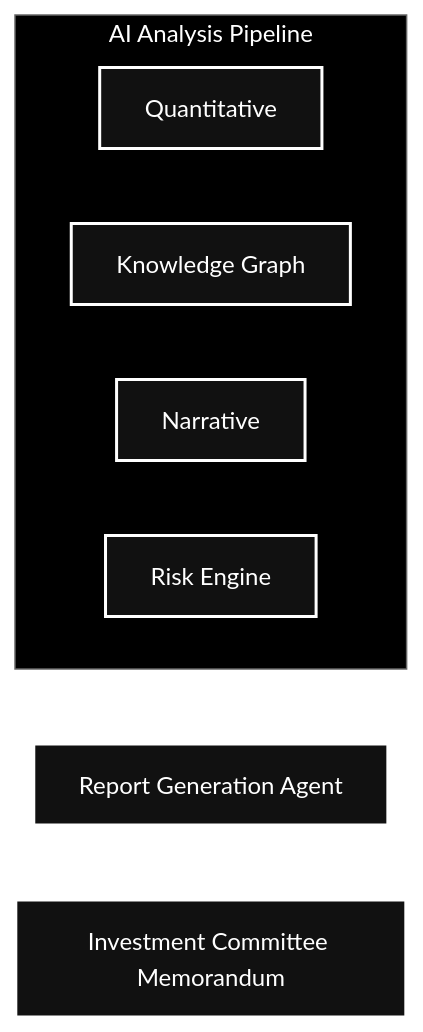
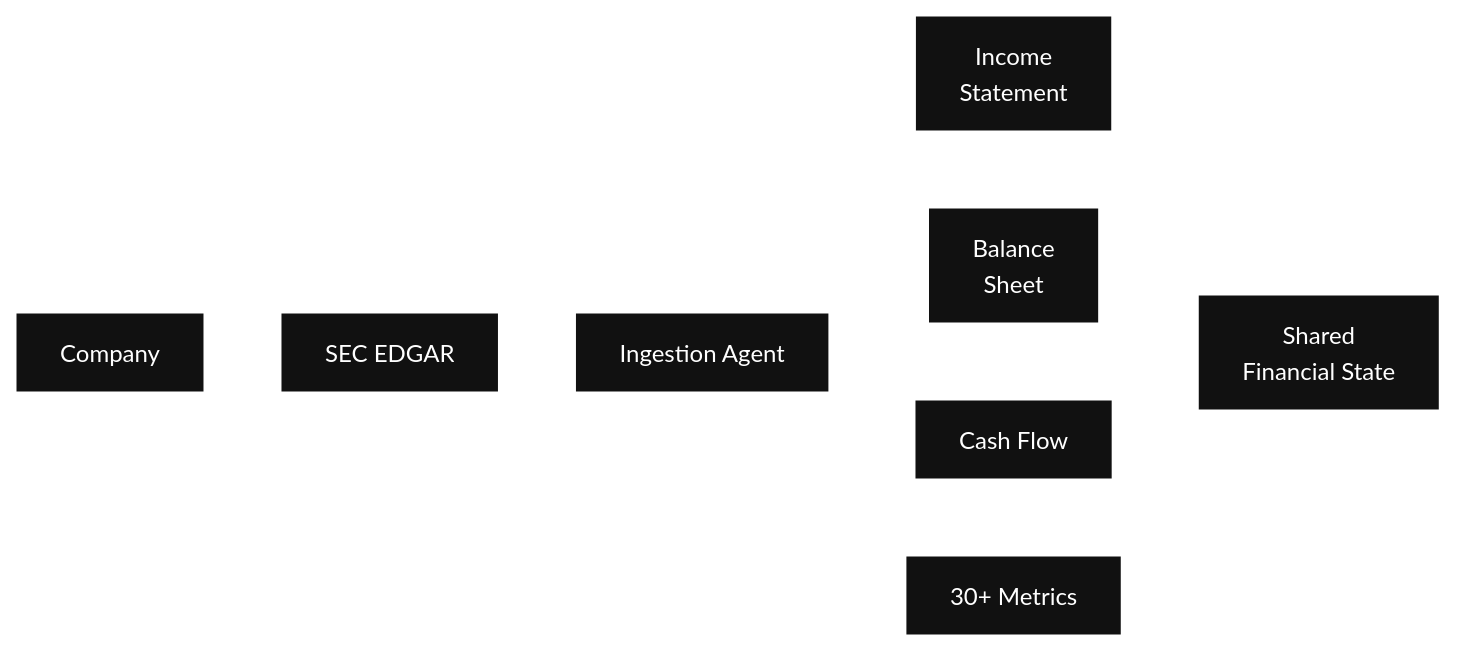
The diagram in README.md (Shiva498689/GDG_PS), drawn with Mermaid before and after one commit.

Commit message:
vcghbjnkml

````diff
--- a/README.md
+++ b/README.md
@@ -1,30 +1,38 @@
 ```mermaid
-flowchart TB
+flowchart LR
 
-    subgraph AI["AI Analysis Pipeline"]
+    COMPANY["Company"]
 
-        Q["Quantitative"]
+    EDGAR["SEC EDGAR"]
 
-        KG["Knowledge Graph"]
+    INGEST["Ingestion Agent"]
 
-        N["Narrative"]
+    IS["Income<br/>Statement"]
 
-        R["Risk Engine"]
+    BS["Balance<br/>Sheet"]
 
-    end
+    CF["Cash Flow"]
 
-    REPORT["Report Generation Agent"]
+    METRICS["30+ Metrics"]
 
-    DOC["Investment Committee Memorandum"]
+    STATE["Shared<br/>Financial State"]
 
-    AI --> REPORT
-    REPORT --> DOC
+    COMPANY --> EDGAR
+    EDGAR --> INGEST
+
+    INGEST --> IS
+    INGEST --> BS
+    INGEST --> CF
+    INGEST --> METRICS
+
+    IS --> STATE
+    BS --> STATE
+    CF --> STATE
+    METRICS --> STATE
 
     classDef dark fill:#111111,stroke:#FFFFFF,color:#FFFFFF,stroke-width:2px;
 
-    class Q,KG,N,R,REPORT,DOC dark;
-
-    style AI fill:#000000,stroke:#666666,color:#FFFFFF
+    class COMPANY,EDGAR,INGEST,IS,BS,CF,METRICS,STATE dark;
 
     linkStyle default stroke:#FFFFFF,stroke-width:2px
 ```
````
